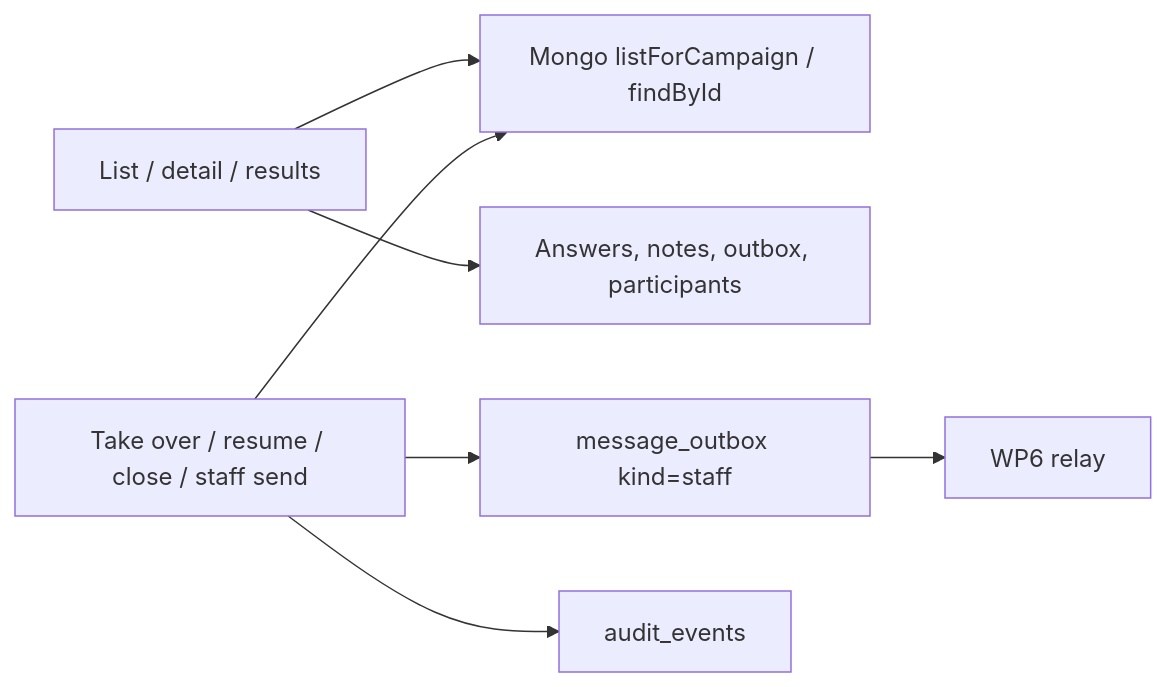
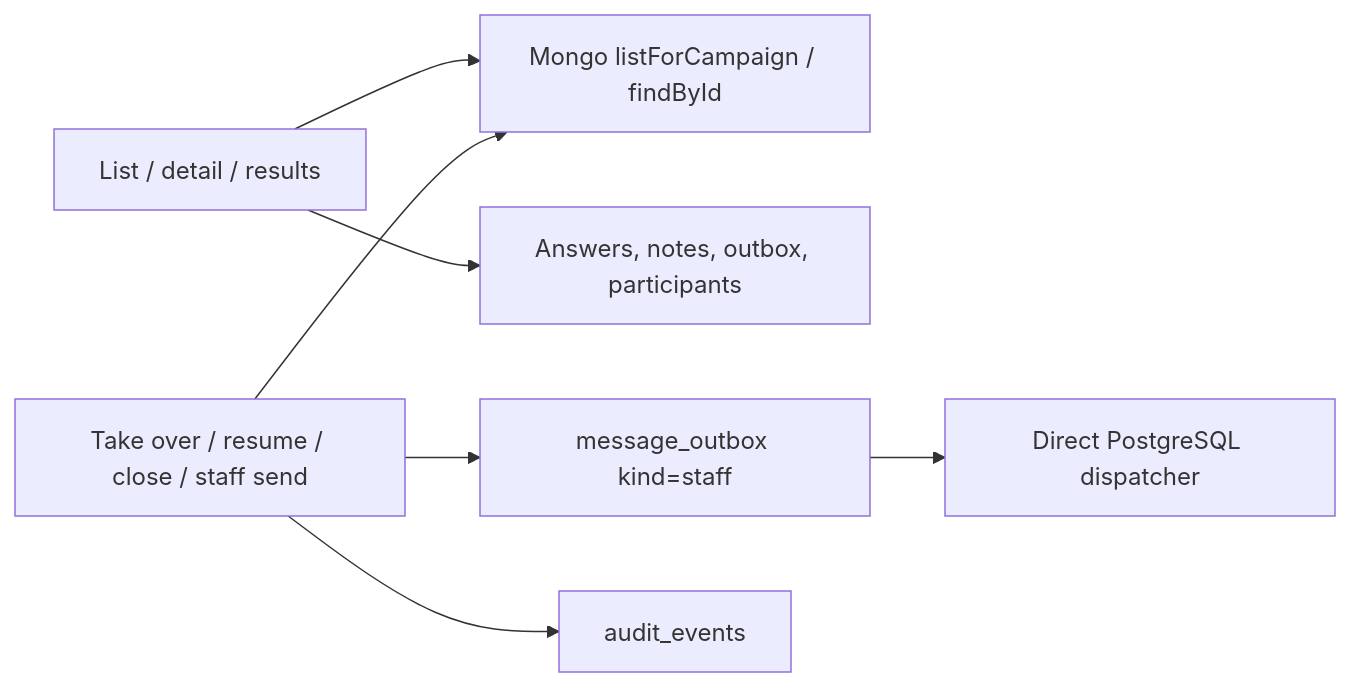
Before and after one commit to johnakisk0700/slopform: the fifth of 5 diagrams in docs/backend/modules/post-event-feedback.md, drawn with Mermaid. The commit also changed other lines of this file and 226 other files, not shown here.

````diff
--- a/docs/backend/modules/post-event-feedback.md
+++ b/docs/backend/modules/post-event-feedback.md
@@ -2641,9 +3045,9 @@
 ```mermaid
 flowchart LR
   List["List / detail / results"] --> Mongo["Mongo listForCampaign / findById"]
   List --> PG["Answers, notes, outbox, participants"]
   Action["Take over / resume / close / staff send"] --> Mongo
   Action --> Outbox["message_outbox kind=staff"]
   Action --> Audit["audit_events"]
-  Outbox --> Relay["WP6 relay"]
+  Outbox --> Dispatcher["Direct PostgreSQL dispatcher"]
 ```
````
